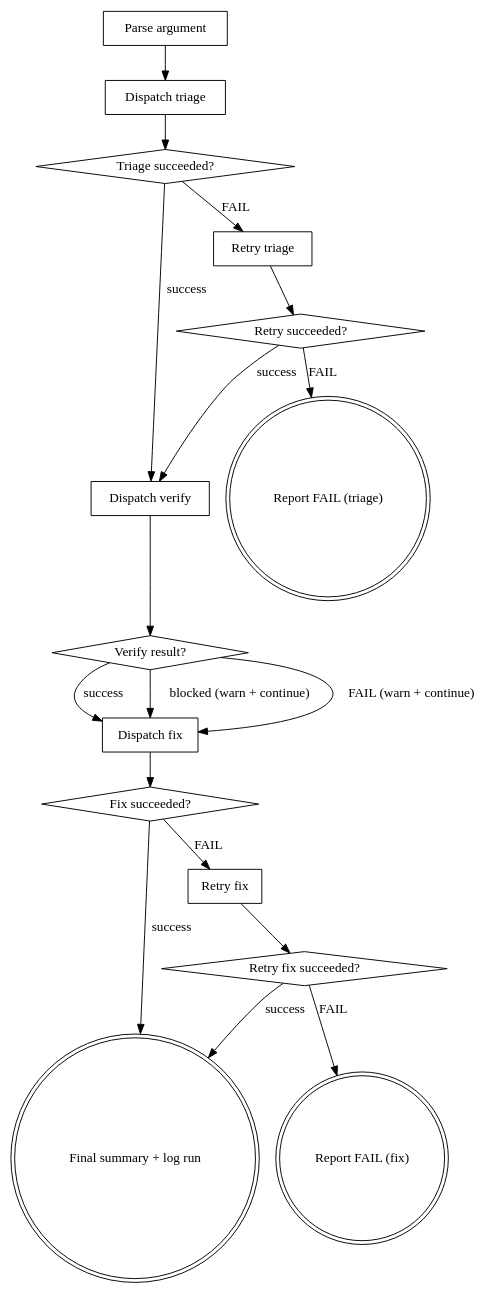
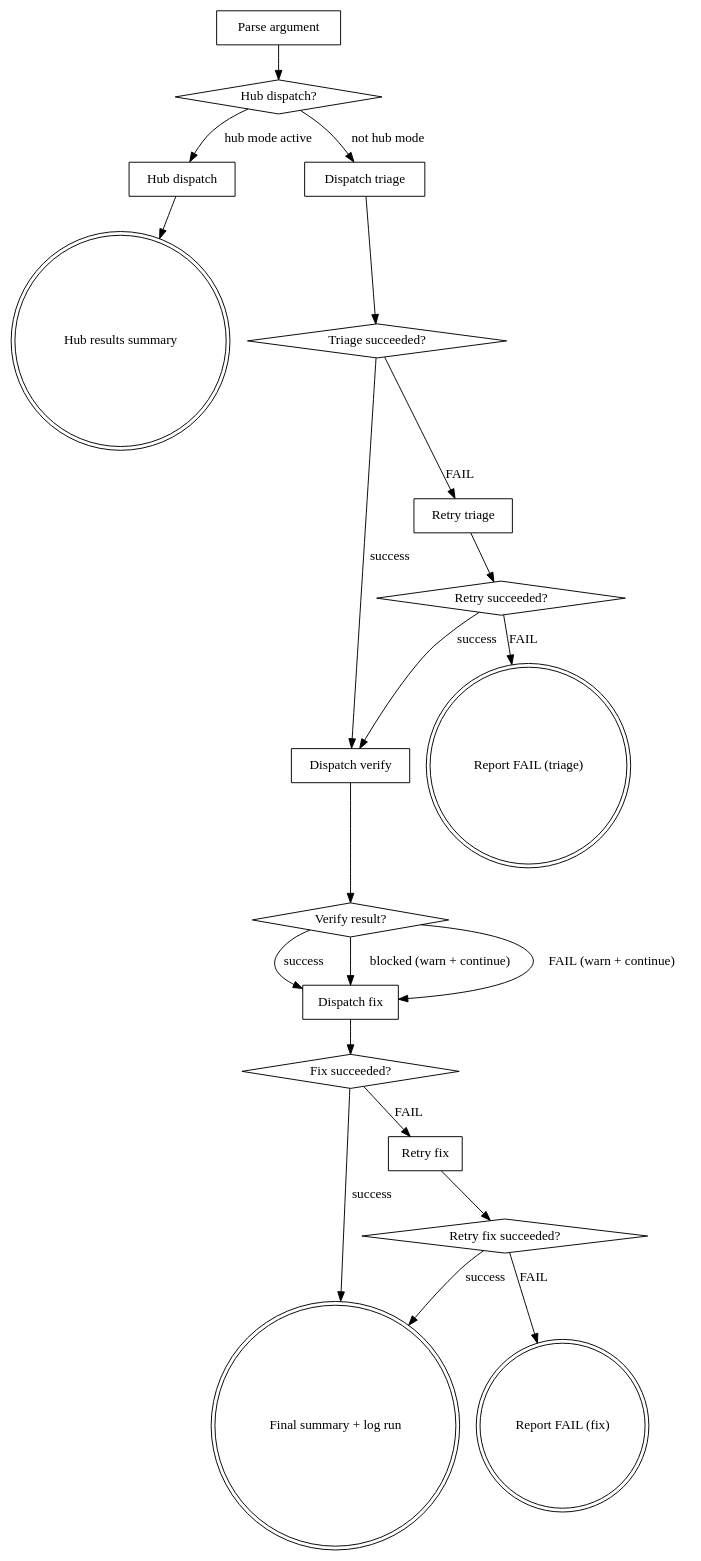
One commit to easingthemes/dx-aem-flow changed the diagram in plugins/dx-core/skills/dx-bug-all/SKILL.md. Above: the diagram before and after it, drawn with Graphviz. The commit also changed other lines of this file, not shown here.

Commit message:
feat(dx-core): add hub dispatch to dx-bug-all

````diff
--- a/plugins/dx-core/skills/dx-bug-all/SKILL.md
+++ b/plugins/dx-core/skills/dx-bug-all/SKILL.md
@@ -17,36 +17,42 @@
 ```dot
 digraph bug_all {
     "Parse argument" [shape=box];
+    "Hub dispatch?" [shape=diamond];
+    "Hub dispatch" [shape=box];
+    "Hub results summary" [shape=doublecircle];
     "Dispatch triage" [shape=box];
     "Triage succeeded?" [shape=diamond];
     "Dispatch verify" [shape=box];
     "Verify result?" [shape=diamond];
     "Dispatch fix" [shape=box];
     "Fix succeeded?" [shape=diamond];
     "Final summary + log run" [shape=doublecircle];
     "Retry triage" [shape=box];
     "Retry succeeded?" [shape=diamond];
     "Report FAIL (triage)" [shape=doublecircle];
     "Retry fix" [shape=box];
     "Retry fix succeeded?" [shape=diamond];
     "Report FAIL (fix)" [shape=doublecircle];
 
-    "Parse argument" -> "Dispatch triage";
+    "Parse argument" -> "Hub dispatch?";
+    "Hub dispatch?" -> "Hub dispatch" [label="hub mode active"];
+    "Hub dispatch?" -> "Dispatch triage" [label="not hub mode"];
+    "Hub dispatch" -> "Hub results summary";
     "Dispatch triage" -> "Triage succeeded?";
     "Triage succeeded?" -> "Dispatch verify" [label="success"];
     "Triage succeeded?" -> "Retry triage" [label="FAIL"];
     "Retry triage" -> "Retry succeeded?";
     "Retry succeeded?" -> "Dispatch verify" [label="success"];
     "Retry succeeded?" -> "Report FAIL (triage)" [label="FAIL"];
     "Dispatch verify" -> "Verify result?";
     "Verify result?" -> "Dispatch fix" [label="success"];
     "Verify result?" -> "Dispatch fix" [label="blocked (warn + continue)"];
     "Verify result?" -> "Dispatch fix" [label="FAIL (warn + continue)"];
     "Dispatch fix" -> "Fix succeeded?";
     "Fix succeeded?" -> "Final summary + log run" [label="success"];
     "Fix succeeded?" -> "Retry fix" [label="FAIL"];
     "Retry fix" -> "Retry fix succeeded?";
     "Retry fix succeeded?" -> "Final summary + log run" [label="success"];
     "Retry fix succeeded?" -> "Report FAIL (fix)" [label="FAIL"];
 }
 ```
````
